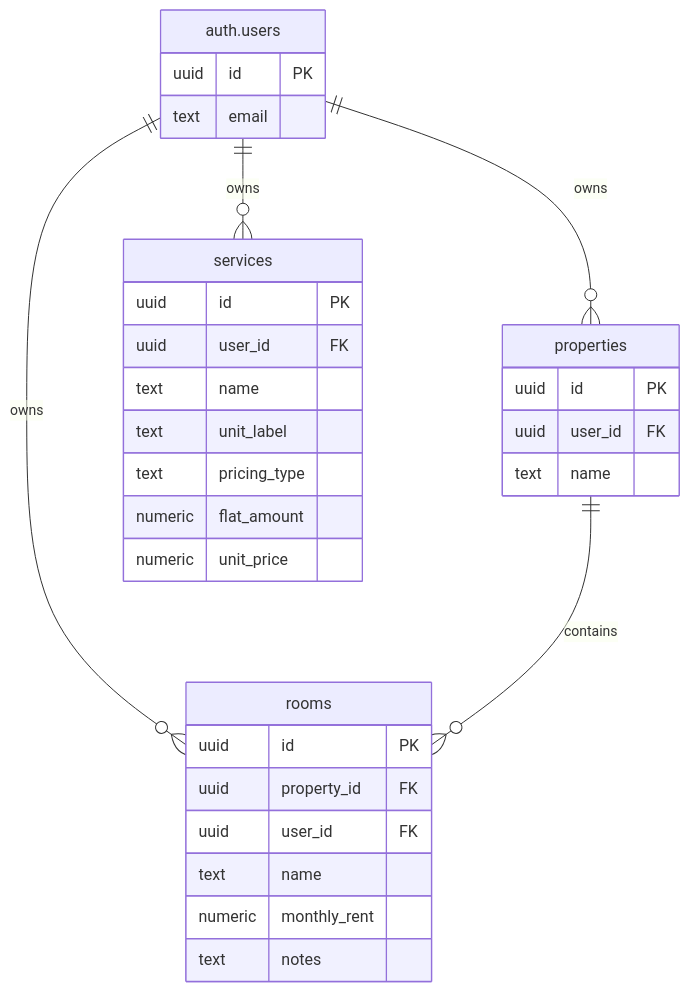
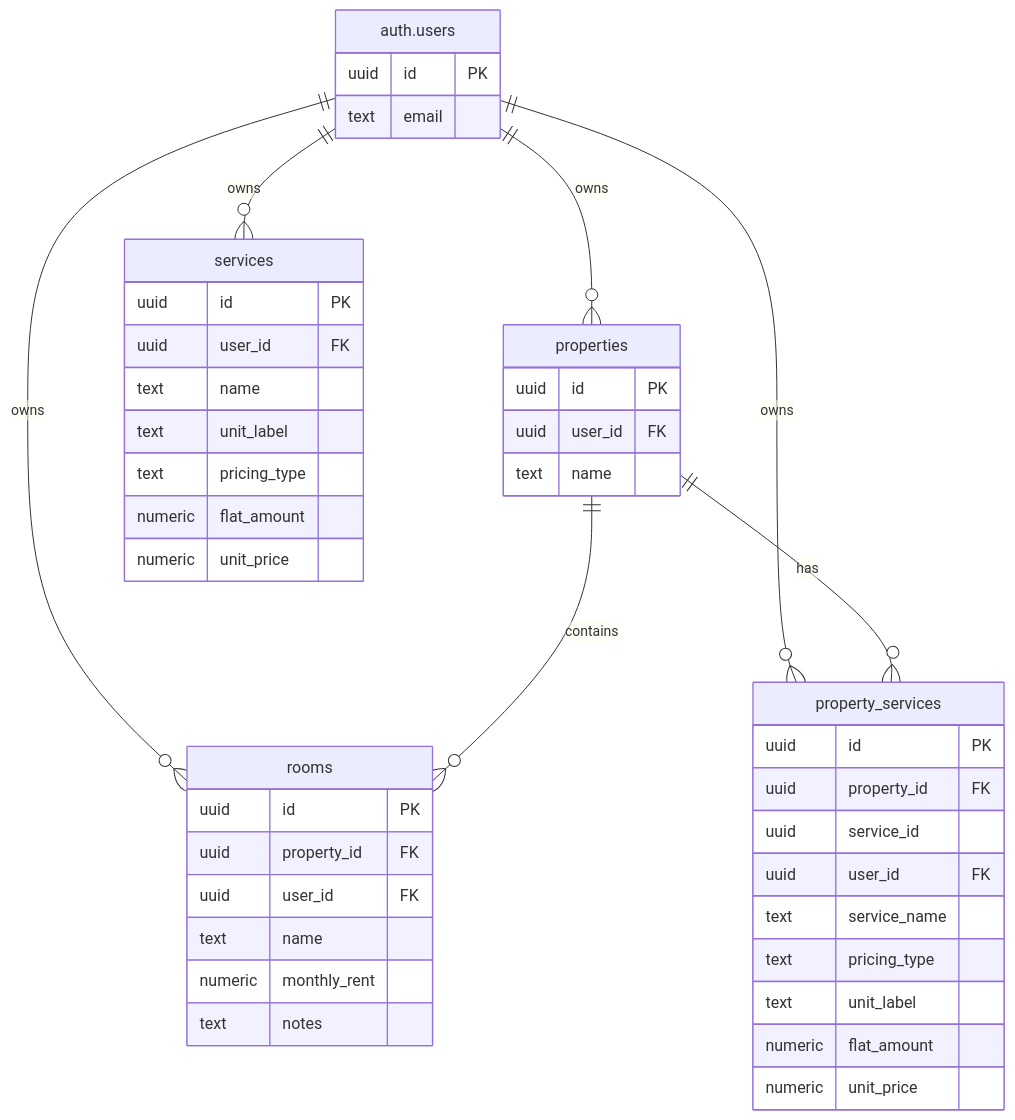
Before and after one commit to antritue/lumo: the diagram in docs/database.md, drawn with Mermaid. The commit also changed other lines of this file and 10 other files, not shown here.

Commit message:
feat: implement property services management API with database schema and validation

````diff
--- a/docs/database.md
+++ b/docs/database.md
@@ -9,33 +9,46 @@
 ```mermaid
 erDiagram
     "auth.users" ||--o{ properties : "owns"
     "auth.users" ||--o{ rooms : "owns"
     "auth.users" ||--o{ services : "owns"
+    "auth.users" ||--o{ property_services : "owns"
     properties ||--o{ rooms : "contains"
+    properties ||--o{ property_services : "has"
     "auth.users" {
         uuid id PK
         text email
     }
     properties {
         uuid id PK
         uuid user_id FK
         text name
     }
     rooms {
         uuid id PK
         uuid property_id FK
         uuid user_id FK
         text name
         numeric monthly_rent
         text notes
     }
     services {
         uuid id PK
         uuid user_id FK
         text name
         text unit_label
         text pricing_type
         numeric flat_amount
         numeric unit_price
     }
+    property_services {
+        uuid id PK
+        uuid property_id FK
+        uuid service_id
+        uuid user_id FK
+        text service_name
+        text pricing_type
+        text unit_label
+        numeric flat_amount
+        numeric unit_price
+    }
 ```
````
